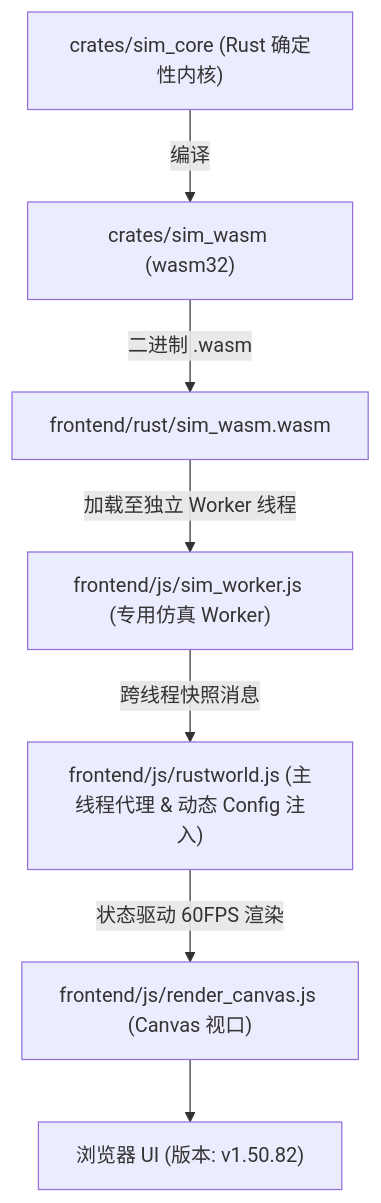
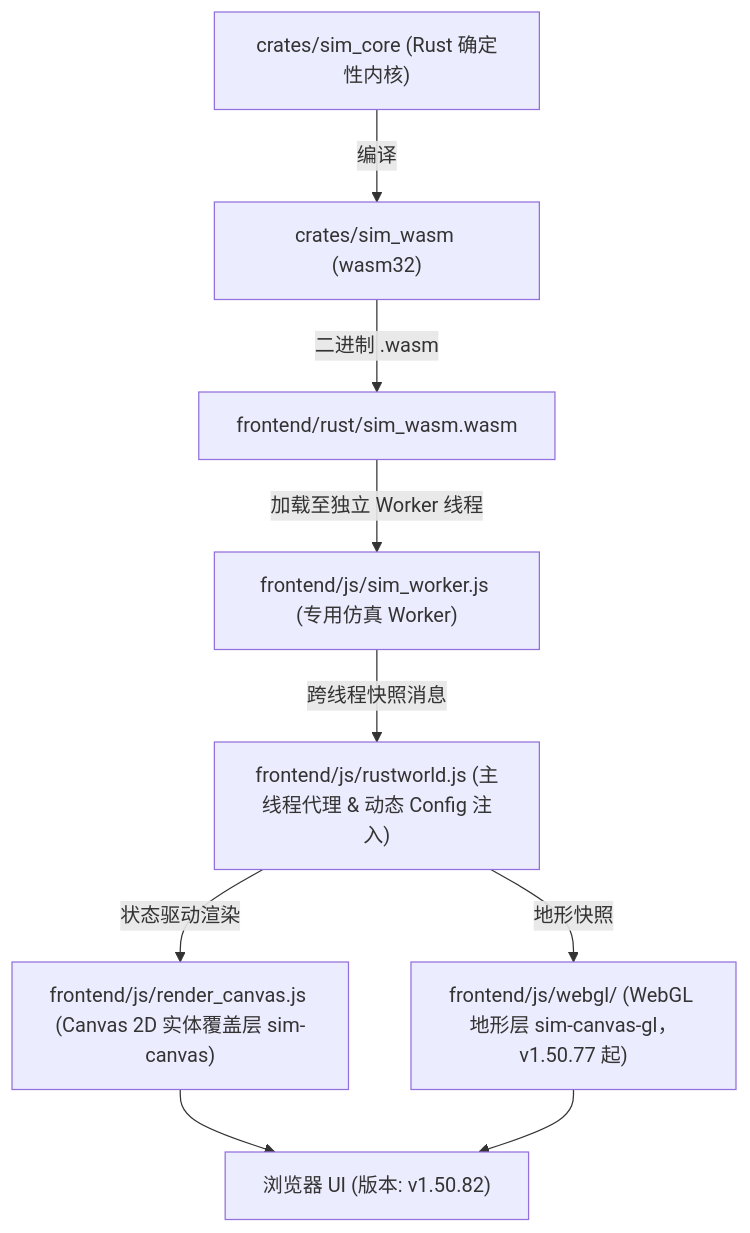
Before and after one commit to g39088902/FlowAndAccord: the diagram in AGENTS.md, drawn with Mermaid. The commit also changed other lines of this file, not shown here.

````diff
--- a/AGENTS.md
+++ b/AGENTS.md
@@ -61,10 +61,12 @@
 ```mermaid
 graph TD
     A["crates/sim_core (Rust 确定性内核)"] -->|编译| B["crates/sim_wasm (wasm32)"]
     B -->|二进制 .wasm| C["frontend/rust/sim_wasm.wasm"]
     C -->|加载至独立 Worker 线程| D["frontend/js/sim_worker.js (专用仿真 Worker)"]
     D -->|跨线程快照消息| E["frontend/js/rustworld.js (主线程代理 & 动态 Config 注入)"]
-    E -->|状态驱动 60FPS 渲染| F["frontend/js/render_canvas.js (Canvas 视口)"]
+    E -->|状态驱动渲染| F["frontend/js/render_canvas.js (Canvas 2D 实体覆盖层 sim-canvas)"]
+    E -->|地形快照| F2["frontend/js/webgl/ (WebGL 地形层 sim-canvas-gl，v1.50.77 起)"]
     F --> G["浏览器 UI (版本: v1.50.82)"]
+    F2 --> G
 
 ```
````
